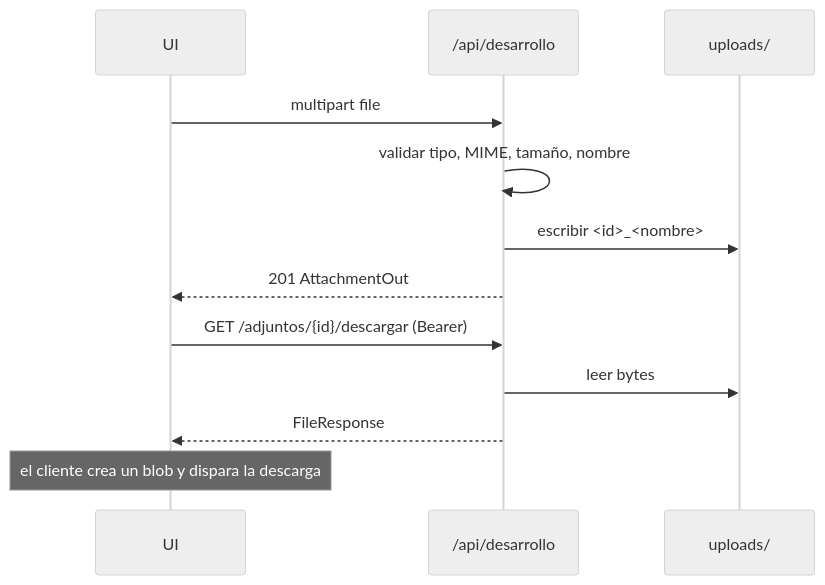
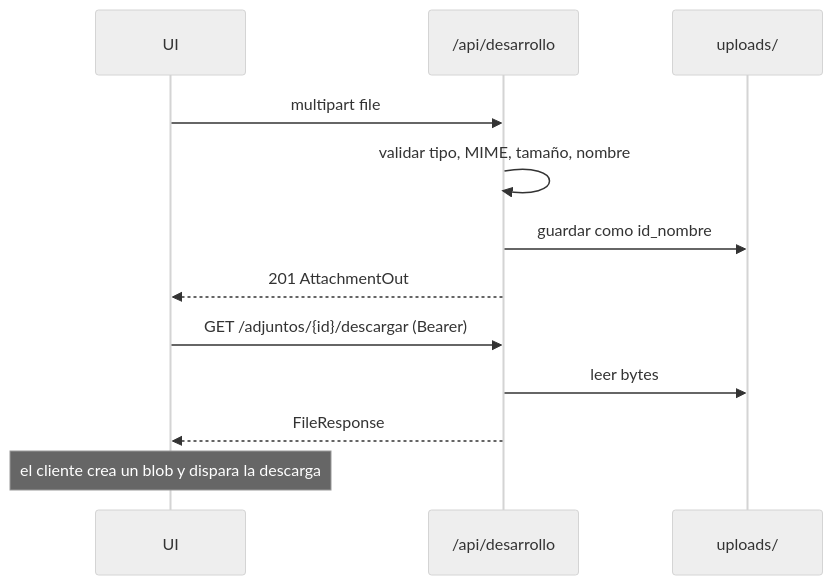
Before and after one commit to silvaanthony2005/giscar: diagram 15 of 17 in docs/07-flujos-y-procesos.md, drawn with Mermaid (neutral theme). The commit also changed 21 other files, not shown here.

````diff
--- a/docs/07-flujos-y-procesos.md
+++ b/docs/07-flujos-y-procesos.md
@@ -361,16 +361,16 @@
 ```mermaid
 sequenceDiagram
     participant UI
     participant API as /api/desarrollo
     participant FS as uploads/
 
     UI->>API: multipart file
     API->>API: validar tipo, MIME, tamaño, nombre
-    API->>FS: escribir <id>_<nombre>
+    API->>FS: guardar como id_nombre
     API-->>UI: 201 AttachmentOut
 
     UI->>API: GET /adjuntos/{id}/descargar (Bearer)
     API->>FS: leer bytes
     API-->>UI: FileResponse
     Note over UI: el cliente crea un blob y dispara la descarga
 ```
````
